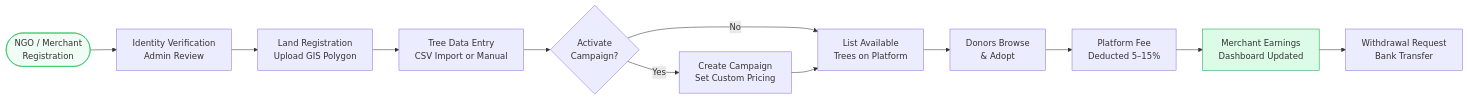
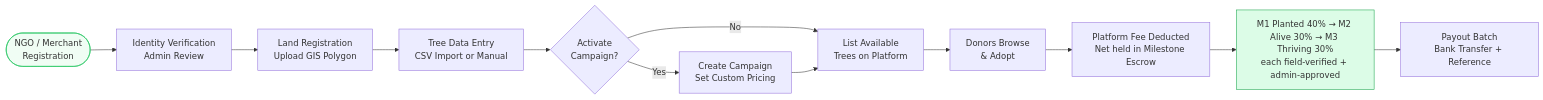
One commit to ajarka/public-documentation changed the sixth of 10 diagrams in AdopTreeWorld/prd/PRD-AdopTree-Investor.md. Above: the diagram before and after it, drawn with Mermaid. The commit also changed other lines of this file and 10 other files, not shown here.

````diff
--- a/AdopTreeWorld/prd/PRD-AdopTree-Investor.md
+++ b/AdopTreeWorld/prd/PRD-AdopTree-Investor.md
@@ -861,17 +929,17 @@
 ```mermaid
 flowchart LR
     A([NGO / Merchant<br/>Registration]) --> B[Identity Verification<br/>Admin Review]
     B --> C[Land Registration<br/>Upload GIS Polygon]
     C --> D[Tree Data Entry<br/>CSV Import or Manual]
     D --> E{Activate<br/>Campaign?}
     E -->|Yes| F[Create Campaign<br/>Set Custom Pricing]
     E -->|No| G[List Available<br/>Trees on Platform]
     F --> G
     G --> H[Donors Browse<br/>& Adopt]
-    H --> I[Platform Fee<br/>Deducted 5–15%]
-    I --> J[Merchant Earnings<br/>Dashboard Updated]
-    J --> K[Withdrawal Request<br/>Bank Transfer]
+    H --> I[Platform Fee Deducted<br/>Net held in Milestone Escrow]
+    I --> J[M1 Planted 40% → M2 Alive 30% → M3 Thriving 30%<br/>each field-verified + admin-approved]
+    J --> K[Payout Batch<br/>Bank Transfer + Reference]
 
     style A fill:#f0fdf4,stroke:#22c55e
     style J fill:#dcfce7,stroke:#16a34a
 ```
````
